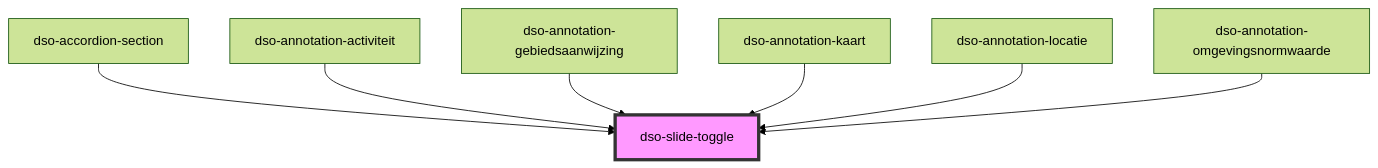
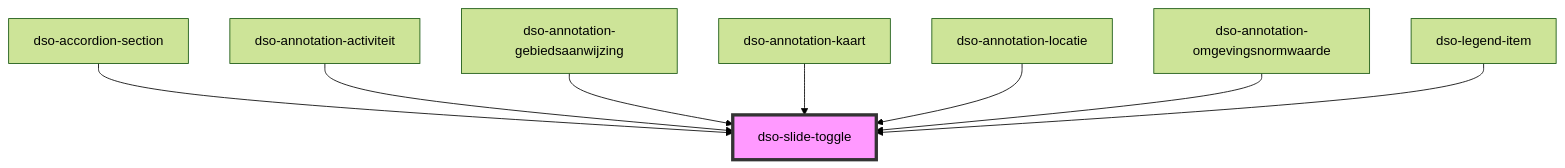
The diagram in packages/core/src/components/slide-toggle/readme.md (dso-toolkit/dso-toolkit), drawn with Mermaid (forest theme) before and after one commit. The commit also changed other lines of this file and 17 other files, not shown here.

Commit message:
#3185 [Changed] Legend Item: Aanpassingen

````diff
--- a/packages/core/src/components/slide-toggle/readme.md
+++ b/packages/core/src/components/slide-toggle/readme.md
@@ -38,10 +39,11 @@
 ```mermaid
 graph TD;
   dso-accordion-section --> dso-slide-toggle
   dso-annotation-activiteit --> dso-slide-toggle
   dso-annotation-gebiedsaanwijzing --> dso-slide-toggle
   dso-annotation-kaart --> dso-slide-toggle
   dso-annotation-locatie --> dso-slide-toggle
   dso-annotation-omgevingsnormwaarde --> dso-slide-toggle
+  dso-legend-item --> dso-slide-toggle
   style dso-slide-toggle fill:#f9f,stroke:#333,stroke-width:4px
 ```
````
